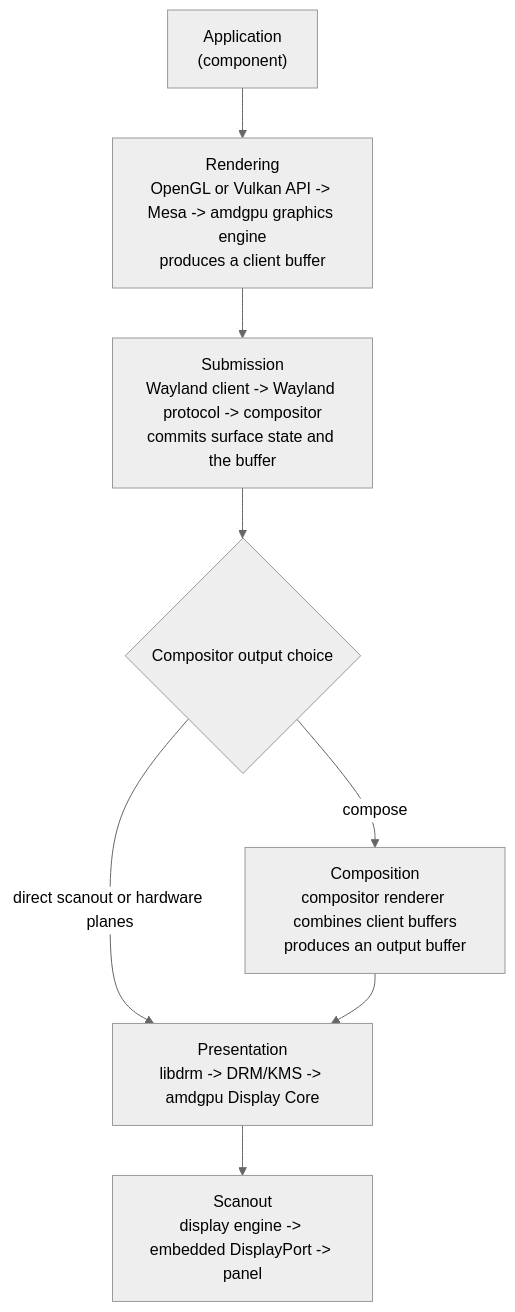
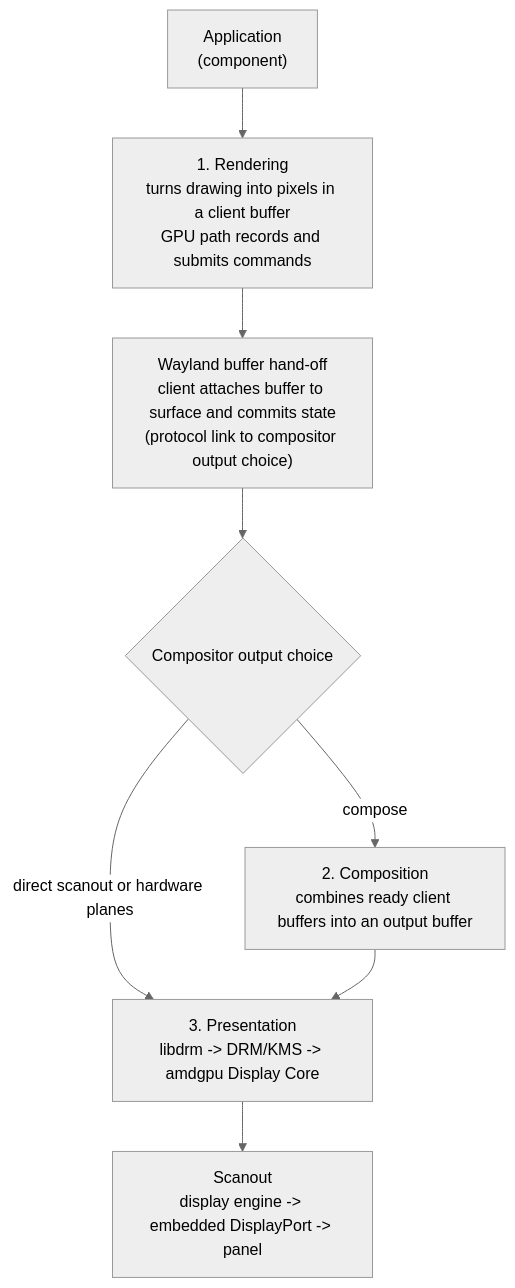
Before and after one commit to maxgio92/notes: the second of 10 diagrams in content/notes/from-telegram-freeze-to-linux-graphics-stack.md, drawn with Mermaid (neutral theme). The commit also changed other lines of this file, not shown here.

Commit message:
docs: clarify graphics stages in overview

```diff
--- a/content/notes/from-telegram-freeze-to-linux-graphics-stack.md
+++ b/content/notes/from-telegram-freeze-to-linux-graphics-stack.md
@@ -47,10 +49,10 @@
 {{< mermaid >}}
 flowchart TB
-    A["Application<br/>(component)"] --> R["Rendering<br/>OpenGL or Vulkan API -> Mesa -> amdgpu graphics engine<br/>produces a client buffer"]
-    R --> S["Submission<br/>Wayland client -> Wayland protocol -> compositor<br/>commits surface state and the buffer"]
-    S --> Q{"Compositor output choice"}
-    Q -->|"compose"| C["Composition<br/>compositor renderer combines client buffers<br/>produces an output buffer"]
-    Q -->|"direct scanout or hardware planes"| P["Presentation<br/>libdrm -> DRM/KMS -> amdgpu Display Core"]
+    A["Application<br/>(component)"] --> R["1. Rendering<br/>turns drawing into pixels in a client buffer<br/>GPU path records and submits commands"]
+    R --> W["Wayland buffer hand-off<br/>client attaches buffer to surface and commits state<br/>(protocol link to compositor output choice)"]
+    W --> Q{"Compositor output choice"}
+    Q -->|"compose"| C["2. Composition<br/>combines ready client buffers into an output buffer"]
+    Q -->|"direct scanout or hardware planes"| P["3. Presentation<br/>libdrm -> DRM/KMS -> amdgpu Display Core"]
     C --> P
     P --> D["Scanout<br/>display engine -> embedded DisplayPort -> panel"]
 {{< /mermaid >}}
```
